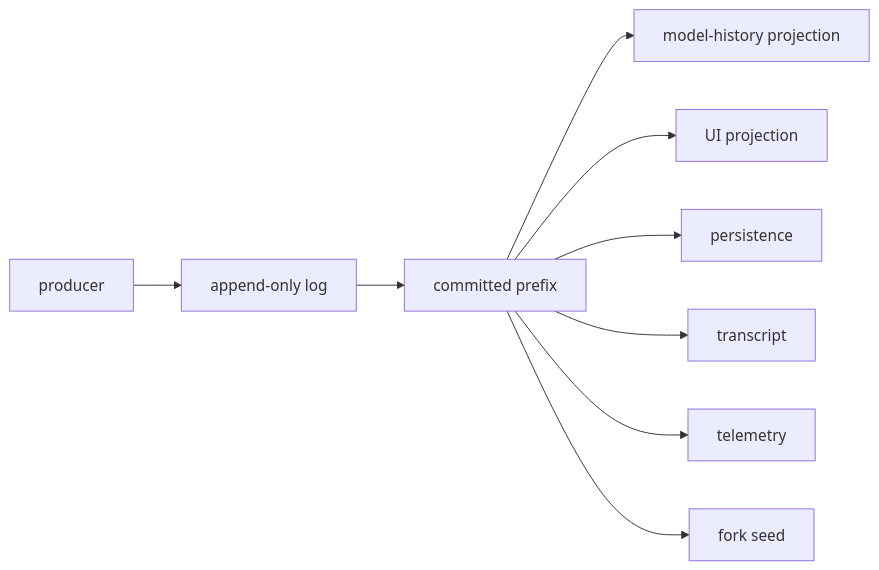
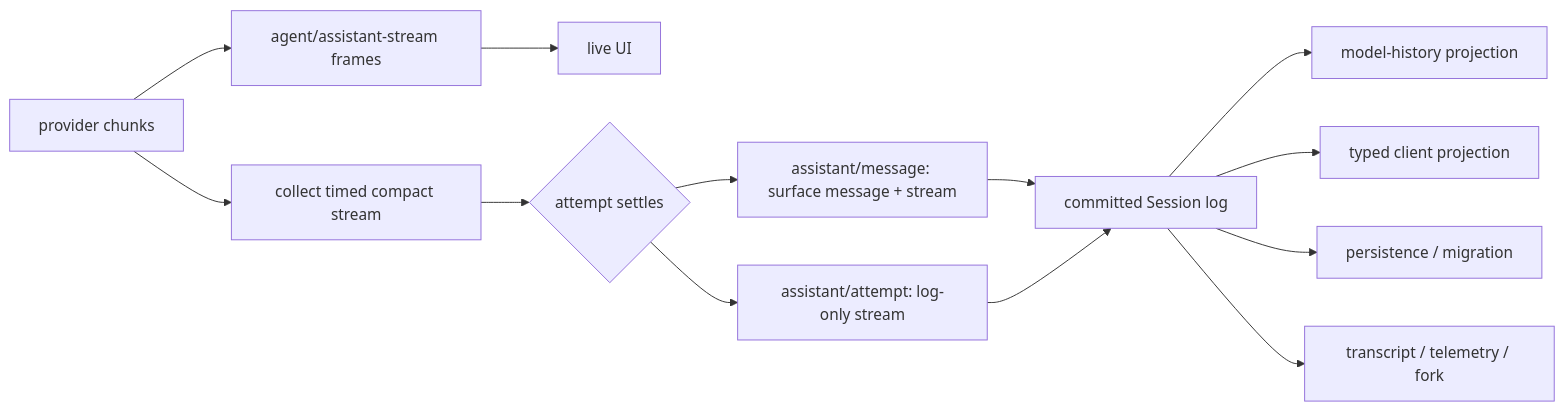
The first of 2 diagrams in docs/deep-dives/session-event-log.md (yang0228/deepseek-harness-analysis), drawn with Mermaid before and after one commit. The commit also changed other lines of this file and 35 other files, not shown here.

````diff
--- a/docs/deep-dives/session-event-log.md
+++ b/docs/deep-dives/session-event-log.md
@@ -43,10 +49,14 @@
 ```mermaid
 flowchart LR
-  Producer["producer"] --> Append["append-only log"] --> Prefix["committed prefix"]
-  Prefix --> Model["model-history projection"]
-  Prefix --> UI["UI projection"]
-  Prefix --> Persist["persistence"]
-  Prefix --> Transcript["transcript"]
-  Prefix --> Telemetry["telemetry"]
-  Prefix --> Fork["fork seed"]
+  Provider["provider chunks"] --> Live["agent/assistant-stream frames"] --> UI["live UI"]
+  Provider --> Collect["collect timed compact stream"]
+  Collect --> Settle{"attempt settles"}
+  Settle --> Message["assistant/message: surface message + stream"]
+  Settle --> Attempt["assistant/attempt: log-only stream"]
+  Message --> Log["committed Session log"]
+  Attempt --> Log
+  Log --> Model["model-history projection"]
+  Log --> Projection["typed client projection"]
+  Log --> Disk["persistence / migration"]
+  Log --> Readers["transcript / telemetry / fork"]
 ```
````
